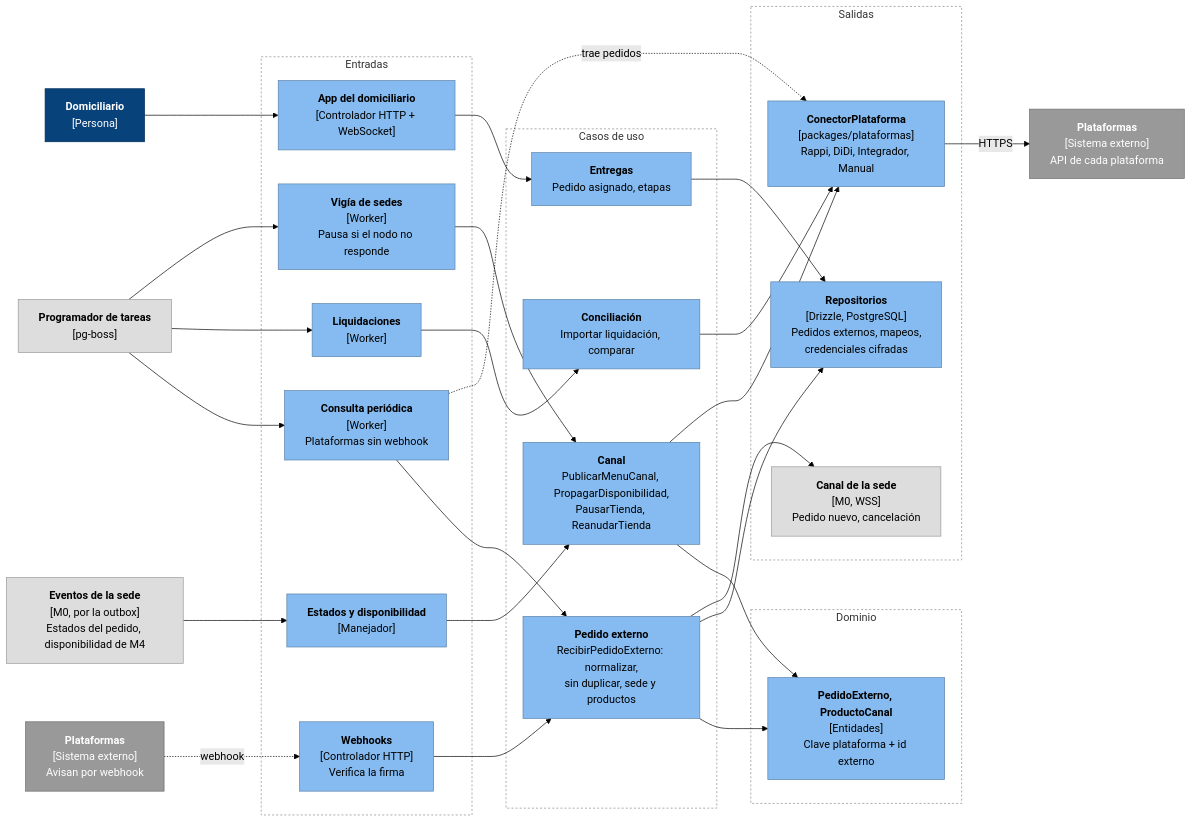
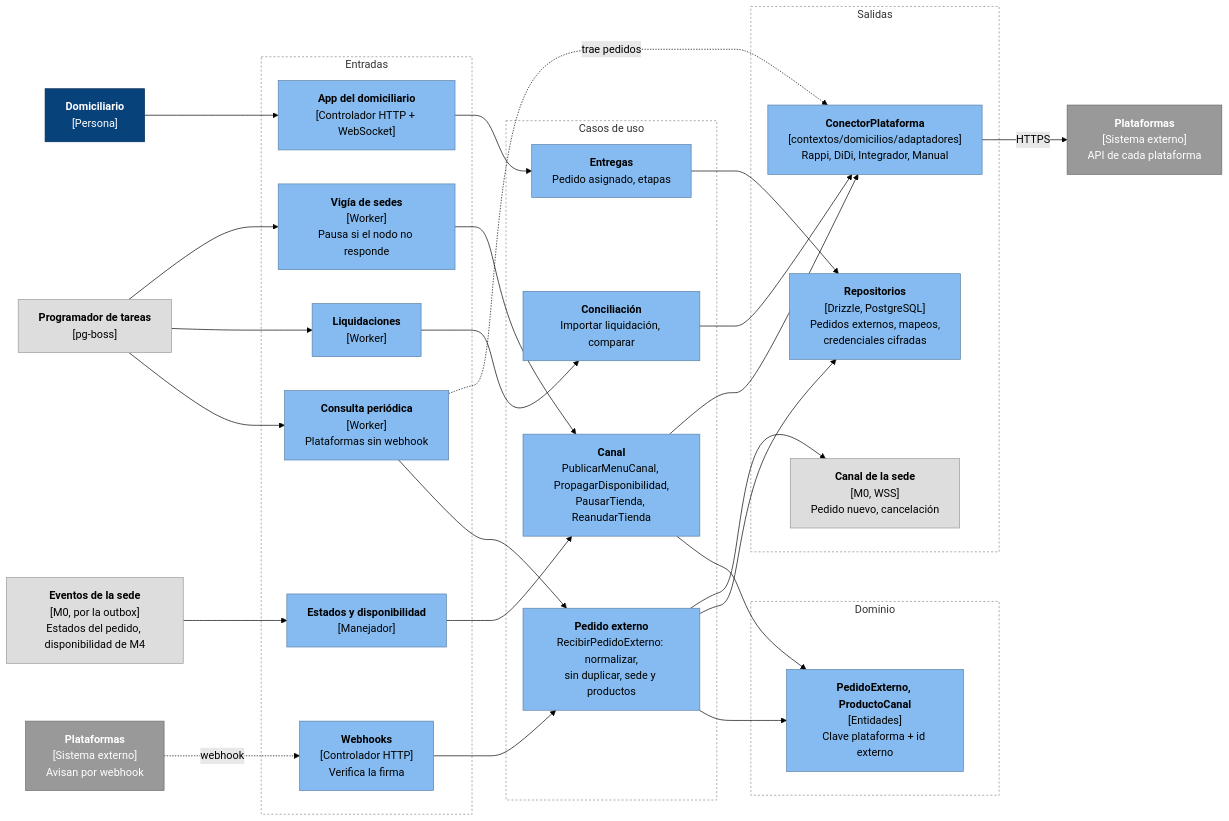
The first of 2 diagrams in docs/arquitectura/componentes/c4-m5-domicilios.md (CesarJOtizM/blackHole), drawn with Mermaid (forest theme) before and after one commit. The commit also changed other lines of this file and 23 other files, not shown here.

````diff
--- a/docs/arquitectura/componentes/c4-m5-domicilios.md
+++ b/docs/arquitectura/componentes/c4-m5-domicilios.md
@@ -14,69 +14,69 @@
 ```mermaid
 flowchart LR
   PLATW["<b>Plataformas</b><br/>[Sistema externo]<br/>Avisan por webhook"]:::externo
   PRG["<b>Programador de tareas</b><br/>[pg-boss]"]:::modulo
   INB["<b>Eventos de la sede</b><br/>[M0, por la outbox]<br/>Estados del pedido, disponibilidad de M4"]:::modulo
   DOM["<b>Domiciliario</b><br/>[Persona]"]:::persona
 
   subgraph Entradas["Entradas"]
     WH["<b>Webhooks</b><br/>[Controlador HTTP]<br/>Verifica la firma"]:::componente
     POLL["<b>Consulta periódica</b><br/>[Worker]<br/>Plataformas sin webhook"]:::componente
     LIQ["<b>Liquidaciones</b><br/>[Worker]"]:::componente
     VIG["<b>Vigía de sedes</b><br/>[Worker]<br/>Pausa si el nodo no responde"]:::componente
     EVS["<b>Estados y disponibilidad</b><br/>[Manejador]"]:::componente
     DAPI["<b>App del domiciliario</b><br/>[Controlador HTTP + WebSocket]"]:::componente
   end
 
   subgraph Aplicacion["Casos de uso"]
     UC_EXT["<b>Pedido externo</b><br/>RecibirPedidoExterno: normalizar,<br/>sin duplicar, sede y productos"]:::componente
     UC_LIQ["<b>Conciliación</b><br/>Importar liquidación, comparar"]:::componente
     UC_PUB["<b>Canal</b><br/>PublicarMenuCanal, PropagarDisponibilidad,<br/>PausarTienda, ReanudarTienda"]:::componente
     UC_ENT["<b>Entregas</b><br/>Pedido asignado, etapas"]:::componente
   end
 
   subgraph Dominio["Dominio"]
     D_EXT["<b>PedidoExterno, ProductoCanal</b><br/>[Entidades]<br/>Clave plataforma + id externo"]:::componente
   end
 
   subgraph Salida["Salidas"]
-    CON["<b>ConectorPlataforma</b><br/>[packages/plataformas]<br/>Rappi, DiDi, Integrador, Manual"]:::componente
+    CON["<b>ConectorPlataforma</b><br/>[contextos/domicilios/adaptadores]<br/>Rappi, DiDi, Integrador, Manual"]:::componente
     REPO["<b>Repositorios</b><br/>[Drizzle, PostgreSQL]<br/>Pedidos externos, mapeos,<br/>credenciales cifradas"]:::componente
     CAN["<b>Canal de la sede</b><br/>[M0, WSS]<br/>Pedido nuevo, cancelación"]:::modulo
   end
 
   PLAT["<b>Plataformas</b><br/>[Sistema externo]<br/>API de cada plataforma"]:::externo
 
   PLATW -. "webhook" .-> WH
   PRG --> POLL
   PRG --> LIQ
   PRG --> VIG
   INB --> EVS
   DOM --> DAPI
 
   WH --> UC_EXT
   POLL --> UC_EXT
   LIQ --> UC_LIQ
   VIG --> UC_PUB
   EVS --> UC_PUB
   DAPI --> UC_ENT
 
   UC_EXT --> D_EXT
   UC_PUB --> D_EXT
 
   POLL -. "trae pedidos" .-> CON
   UC_EXT --> REPO
   UC_EXT --> CAN
   UC_PUB --> CON
   UC_LIQ --> CON
   UC_ENT --> REPO
   CON -- "HTTPS" --> PLAT
 
   classDef persona fill:#08427b,stroke:#052e56,color:#fff
   classDef componente fill:#85bbf0,stroke:#5d82a8,color:#000
   classDef modulo fill:#dddddd,stroke:#999999,color:#000
   classDef externo fill:#999999,stroke:#6b6b6b,color:#fff
   style Entradas fill:none,stroke:#888,stroke-dasharray: 3 3
   style Aplicacion fill:none,stroke:#888,stroke-dasharray: 3 3
   style Dominio fill:none,stroke:#888,stroke-dasharray: 3 3
   style Salida fill:none,stroke:#888,stroke-dasharray: 3 3
 ```
````
